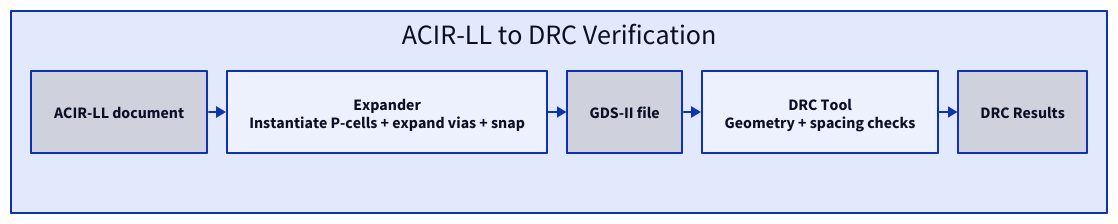
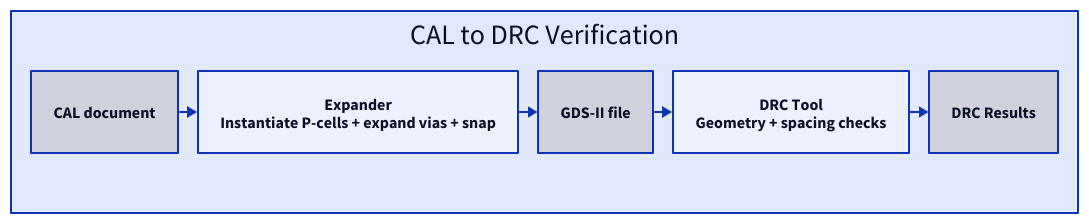
The diagram in docs/rfcs/resources/0001/drc.d2 (daniellovell/cascode), drawn with D2 before and after one commit. The commit also changed 10 other files, not shown here.

```diff
--- a/docs/rfcs/resources/0001/drc.d2
+++ b/docs/rfcs/resources/0001/drc.d2
@@ -1,14 +1,14 @@
 direction: right
 
-pipeline: "ACIR-LL to DRC Verification" {
+pipeline: "CAL to DRC Verification" {
   grid-columns: 5
   horizontal-gap: 20
 
-  acir: "ACIR-LL document" {style.fill: "#cfd2dd"}
+  cal: "CAL document" {style.fill: "#cfd2dd"}
   expander: "Expander\nInstantiate P-cells + expand vias + snap"
   gds: "GDS-II file" {style.fill: "#cfd2dd"}
   drc: "DRC Tool\nGeometry + spacing checks"
   results: "DRC Results" {style.fill: "#cfd2dd"}
 }
 
-pipeline.acir -> pipeline.expander -> pipeline.gds -> pipeline.drc -> pipeline.results
+pipeline.cal -> pipeline.expander -> pipeline.gds -> pipeline.drc -> pipeline.results
```
